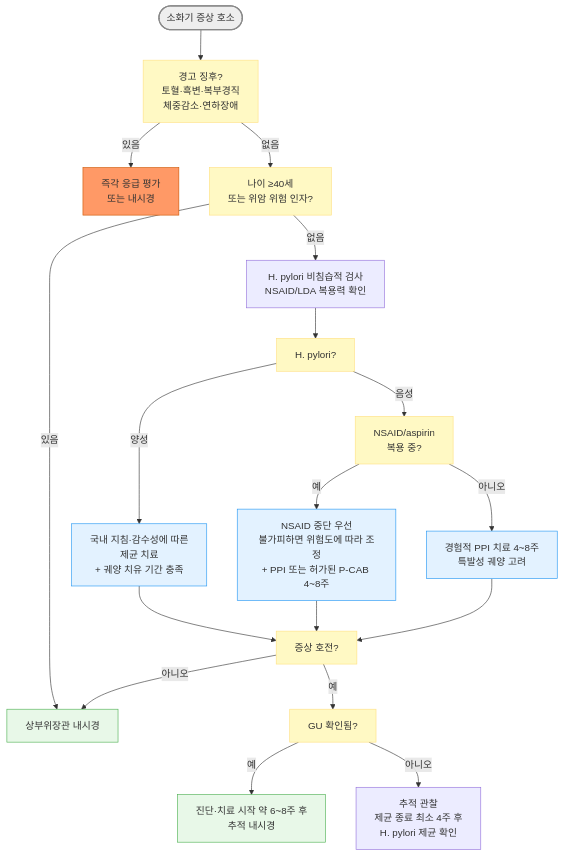
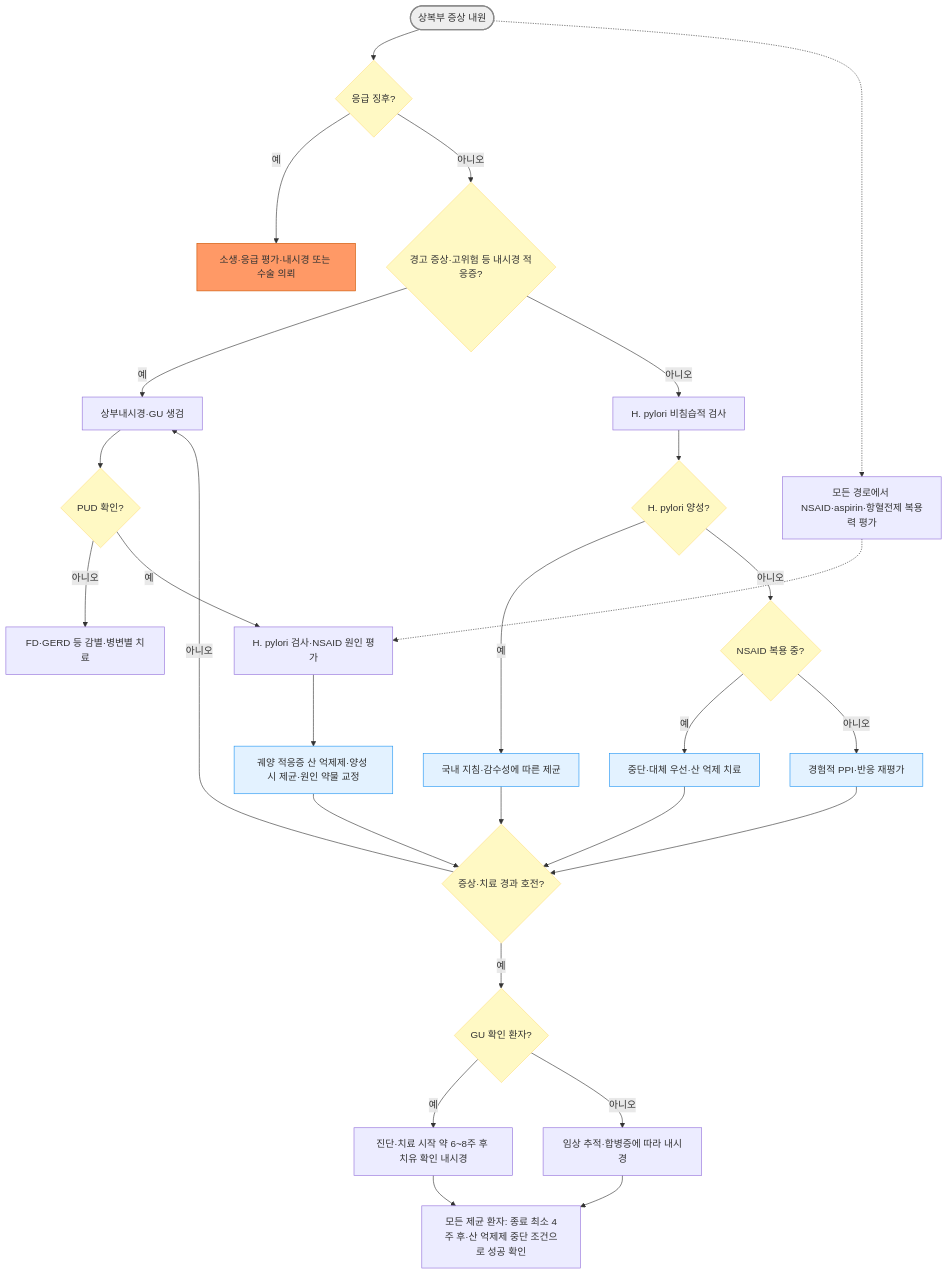
One commit to familyoh77/familyoh77 changed the first of 2 diagrams in 224_/079_-peptic-ulcer-pud.md. Above: the diagram before and after it, drawn with Mermaid. The commit also changed other lines of this file and 1 other file, not shown here.

````diff
--- a/224_/079_-peptic-ulcer-pud.md
+++ b/224_/079_-peptic-ulcer-pud.md
@@ -126,29 +127,35 @@
 ```mermaid
 graph TD
-A([소화기 증상 호소]) --> B[경고 징후?<br/>토혈·흑변·복부경직<br/>체중감소·연하장애]
-    B -- 있음 --> C[즉각 응급 평가<br/>또는 내시경]
-    B -- 없음 --> D[나이 ≥40세<br/>또는 위암 위험 인자?]
-    D -- 있음 ---> E[상부위장관 내시경]
-    D -- 없음 --> F[H. pylori 비침습적 검사<br/>NSAID/LDA 복용력 확인]
-    F --> G[H. pylori?]
-    G -- 양성 --> H[국내 지침·감수성에 따른<br/>제균 치료<br/>+ 궤양 치유 기간 충족]
-    G -- 음성 --> I[NSAID/aspirin<br/>복용 중?]
-    I -- 예 --> J[NSAID 중단 우선<br/>불가피하면 위험도에 따라 조정<br/>+ PPI 또는 허가된 P-CAB 4~8주]
-    I -- 아니오 --> K[경험적 PPI 치료 4~8주<br/>특발성 궤양 고려]
-    H --> L[증상 호전?]
+    A([상복부 증상 내원]) --> B{"응급 징후?"}
+    B -->|예| C["소생·응급 평가·내시경 또는 수술 의뢰"]
+    B -->|아니오| D{"경고 증상·고위험 등 내시경 적응증?"}
+    D -->|예| E["상부내시경·GU 생검"]
+    D -->|아니오| F["H. pylori 비침습적 검사"]
+    E --> T{"PUD 확인?"}
+    T -->|아니오| V["FD·GERD 등 감별·병변별 치료"]
+    T -->|예| U["H. pylori 검사·NSAID 원인 평가"]
+    U --> W["궤양 적응증 산 억제제·양성 시 제균·원인 약물 교정"]
+    F --> G{"H. pylori 양성?"}
+    G -->|예| H["국내 지침·감수성에 따른 제균"]
+    G -->|아니오| I{"NSAID 복용 중?"}
+    I -->|예| J["중단·대체 우선·산 억제 치료"]
+    I -->|아니오| K["경험적 PPI·반응 재평가"]
+    H --> L{"증상·치료 경과 호전?"}
     J --> L
     K --> L
-    L -- 아니오 --> E
-    L -- 예 --> M[GU 확인됨?]
-    M -- 예 --> N[진단·치료 시작 약 6~8주 후<br/>추적 내시경]
-    M -- 아니오 --> O[추적 관찰<br/>제균 종료 최소 4주 후<br/>H. pylori 제균 확인]
-
-style A fill:#eeeeee,stroke:#888888,stroke-width:2px
-classDef yellow fill:#fff9c4,stroke:#ffe082
-class B,D,G,I,L,M yellow
-style C fill:#ff9966,stroke:#cc5500
-classDef sky fill:#e3f2ff,stroke:#2196f3
-class H,J,K sky
-classDef lightGreen fill:#e8f8e8,stroke:#4caf50
-class E,N lightGreen
+    W --> L
+    L -->|아니오| E
+    L -->|예| M{"GU 확인 환자?"}
+    M -->|예| N["진단·치료 시작 약 6~8주 후 치유 확인 내시경"]
+    M -->|아니오| O["임상 추적·합병증에 따라 내시경"]
+    N --> P["모든 제균 환자: 종료 최소 4주 후·산 억제제 중단 조건으로 성공 확인"]
+    O --> P
+    A -.-> R["모든 경로에서 NSAID·aspirin·항혈전제 복용력 평가"]
+    R -.-> U
+    style A fill:#eeeeee,stroke:#888888,stroke-width:2px
+    style C fill:#ff9966,stroke:#cc5500
+    classDef yellow fill:#fff9c4,stroke:#ffe082
+    class B,D,T,G,I,L,M yellow
+    classDef sky fill:#e3f2ff,stroke:#2196f3
+    class H,J,K,W sky
 ```
````
